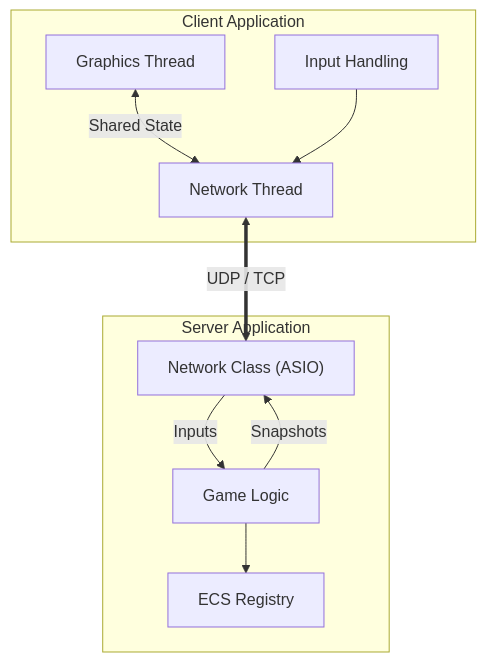
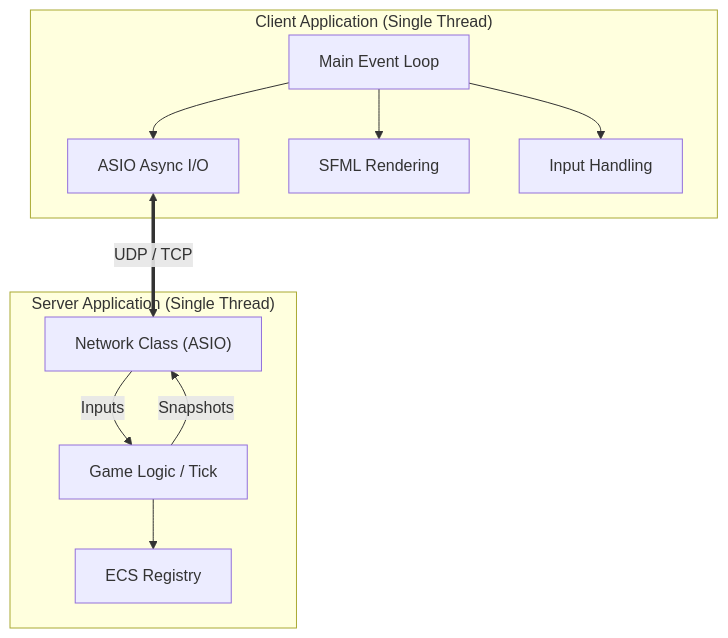
Before and after one commit to MatthieuGA/R_TYPE_J.A.M.E.S.: the first of 4 diagrams in docs/docs/architecture.md, drawn with Mermaid. The commit also changed other lines of this file, not shown here.

Commit message:
:memo: remove multi-thread mention

````diff
--- a/docs/docs/architecture.md
+++ b/docs/docs/architecture.md
@@ -23,23 +23,25 @@
 ```mermaid
 graph TD
-    subgraph Client ["Client Application"]
-        C_Net[Network Thread]
-        C_Render[Graphics Thread]
+    subgraph Client ["Client Application (Single Thread)"]
+        C_Main[Main Event Loop]
+        C_ASIO[ASIO Async I/O]
+        C_Render[SFML Rendering]
         C_Input[Input Handling]
 
-        C_Render <-->|Shared State| C_Net
-        C_Input --> C_Net
+        C_Main --> C_ASIO
+        C_Main --> C_Render
+        C_Main --> C_Input
     end
 
-    subgraph Server ["Server Application"]
+    subgraph Server ["Server Application (Single Thread)"]
         S_Net["Network Class (ASIO)"]
-        S_Logic[Game Logic]
+        S_Logic[Game Logic / Tick]
         S_ECS[ECS Registry]
 
         S_Net -->|Inputs| S_Logic
         S_Logic -->|Snapshots| S_Net
         S_Logic --> S_ECS
     end
 
-    C_Net <==>|UDP / TCP| S_Net
+    C_ASIO <==>|UDP / TCP| S_Net
 ```
````
